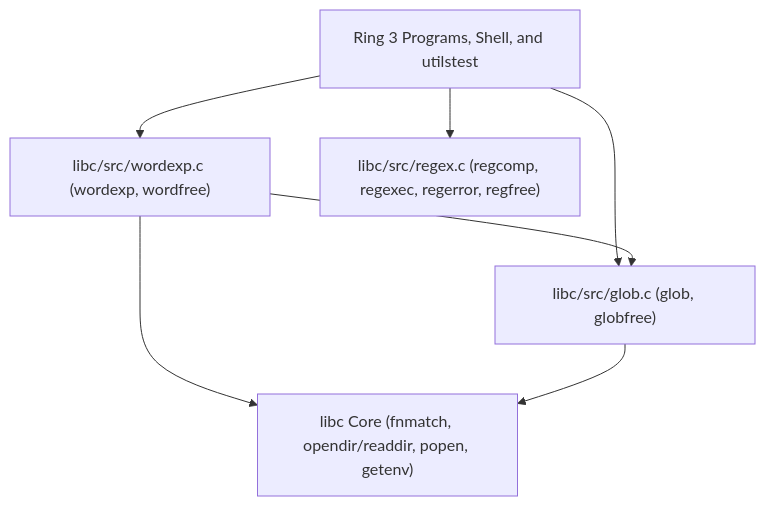
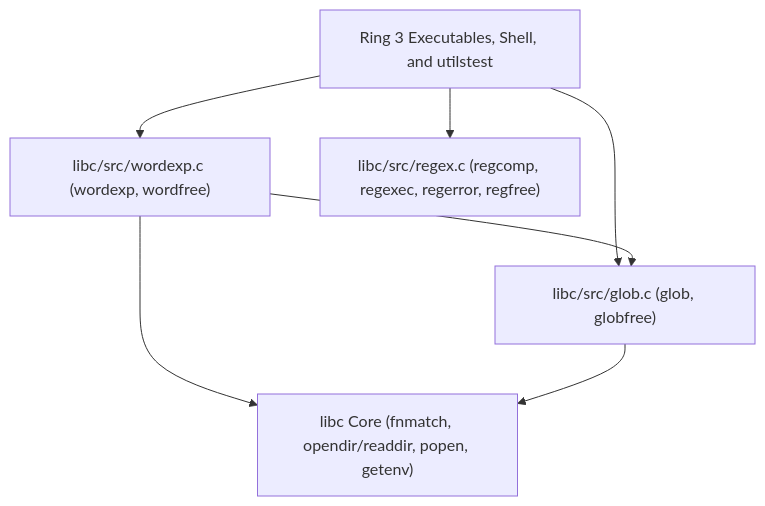
Before and after one commit to Deniz-Eren/microkernel: the diagram in docs/30-architecture/adr/ADR_0037.md, drawn with Mermaid. The commit also changed other lines of this file and 151 other files, not shown here.

````diff
--- a/docs/30-architecture/adr/ADR_0037.md
+++ b/docs/30-architecture/adr/ADR_0037.md
@@ -21,15 +21,15 @@
 ```mermaid
 flowchart TD
-    APP["Ring 3 Programs, Shell, and utilstest"]
+    APP["Ring 3 Executables, Shell, and utilstest"]
     WE["libc/src/wordexp.c (wordexp, wordfree)"]
     GL["libc/src/glob.c (glob, globfree)"]
     RE["libc/src/regex.c (regcomp, regexec, regerror, regfree)"]
     BASE["libc Core (fnmatch, opendir/readdir, popen, getenv)"]
 
     APP --> WE
     APP --> GL
     APP --> RE
     WE --> GL
     WE --> BASE
     GL --> BASE
 ```
````
